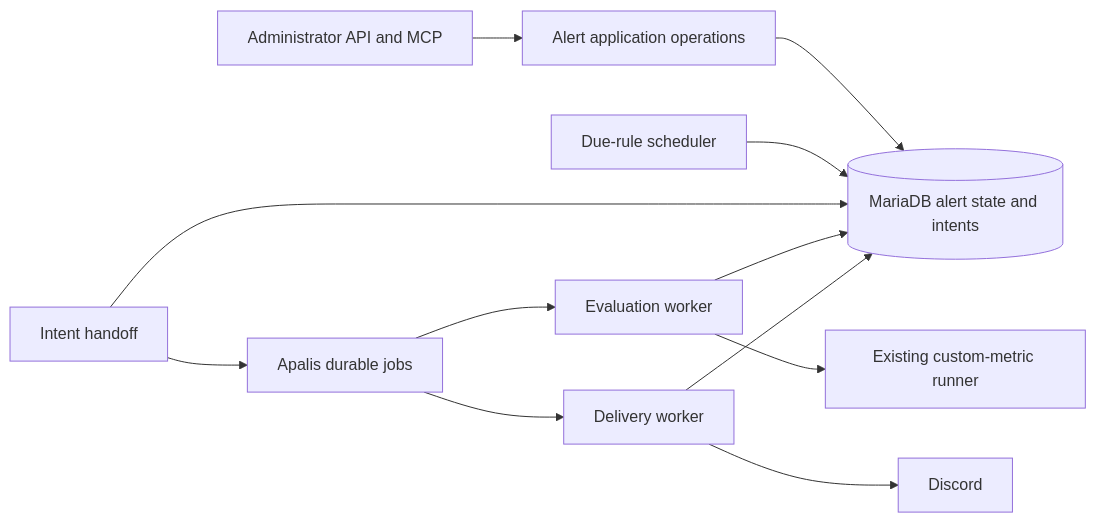
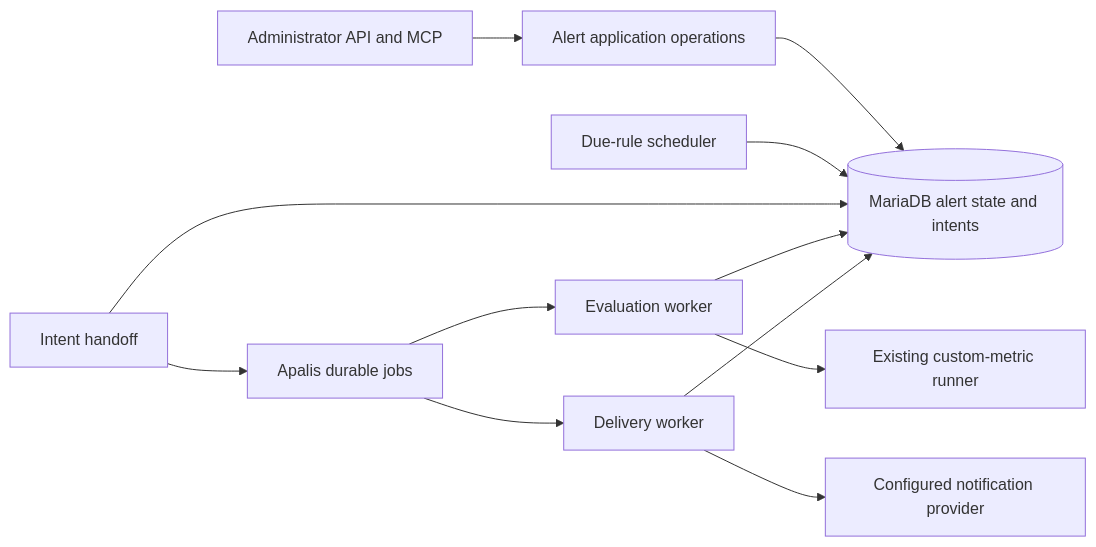
One commit to constructorfabric/insight changed the first of 2 diagrams in docs/domain/insight-v3/specs/alerts/DESIGN.md. Above: the diagram before and after it, drawn with Mermaid. The commit also changed other lines of this file and 1 other file, not shown here.

````diff
--- a/docs/domain/insight-v3/specs/alerts/DESIGN.md
+++ b/docs/domain/insight-v3/specs/alerts/DESIGN.md
@@ -89,14 +89,14 @@
 ```mermaid
 flowchart LR
     API[Administrator API and MCP] --> Domain[Alert application operations]
     Domain --> State[(MariaDB alert state and intents)]
     Scheduler[Due-rule scheduler] --> State
     Handoff[Intent handoff] --> State
     Handoff --> Jobs[Apalis durable jobs]
     Jobs --> Evaluation[Evaluation worker]
     Evaluation --> Metric[Existing custom-metric runner]
     Evaluation --> State
     Jobs --> Delivery[Delivery worker]
     Delivery --> State
-    Delivery --> Discord[Discord]
+    Delivery --> Provider[Configured notification provider]
 ```
````
